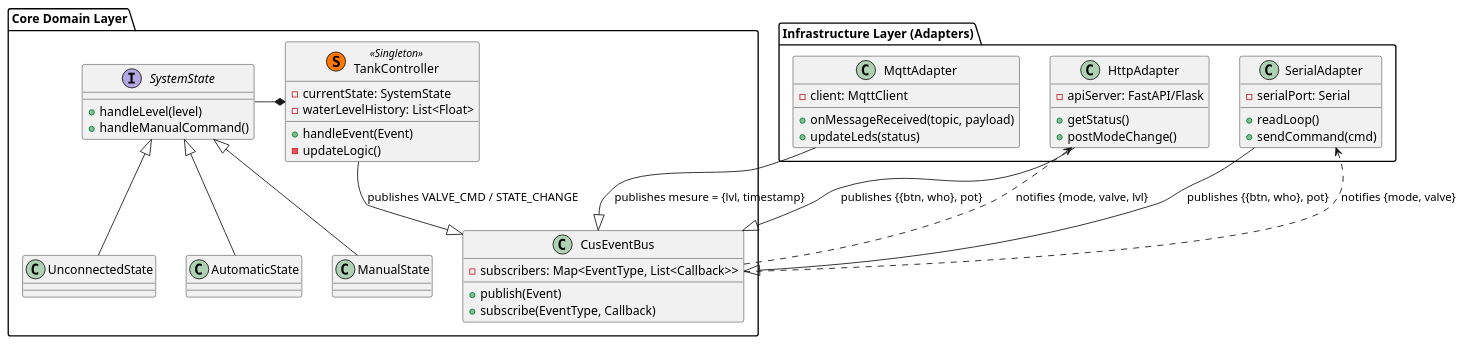
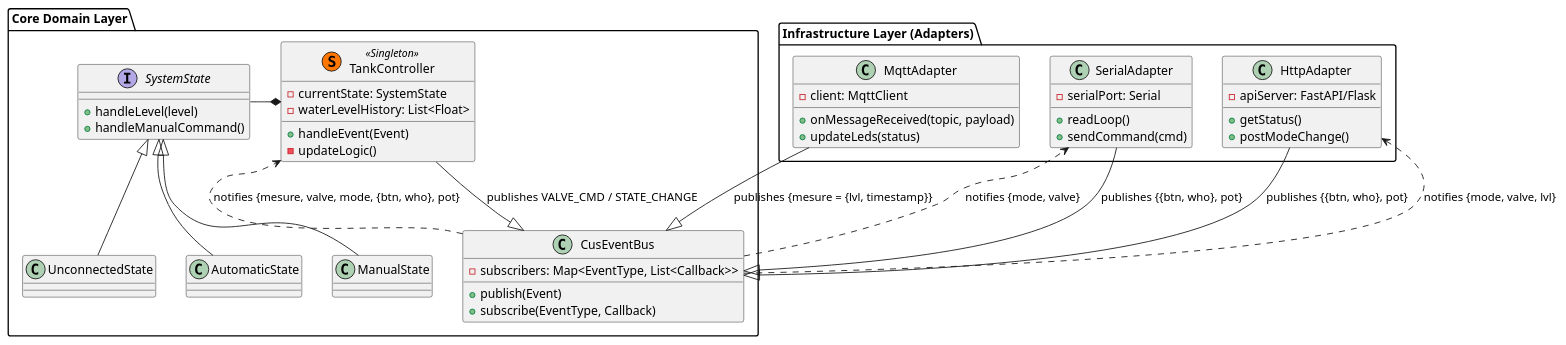
Before and after one commit to GreppiFilippo/Assignment3-IOT: the diagram in assignment-03/cus/uml.puml, drawn with PlantUML. The commit also changed 2 other files, not shown here.

Commit message:
fix: update UML diagram for MqttAdapter and enhance button pressed handling in SystemTask

```diff
--- a/assignment-03/cus/uml.puml
+++ b/assignment-03/cus/uml.puml
@@ -1,61 +1,64 @@
 @startuml cus
 skinparam componentStyle uml2
 
 package "Infrastructure Layer (Adapters)" {
     class MqttAdapter {
         - client: MqttClient
         + onMessageReceived(topic, payload)
         + updateLeds(status)
     }
 
     class SerialAdapter {
         - serialPort: Serial
         + readLoop()
         + sendCommand(cmd)
     }
 
     class HttpAdapter {
         - apiServer: FastAPI/Flask
         + getStatus()
         + postModeChange()
     }
 }
 
 package "Core Domain Layer" {
     class CusEventBus {
         - subscribers: Map<EventType, List<Callback>>
         + publish(Event)
         + subscribe(EventType, Callback)
     }
 
     class TankController <<(S, #FF7700) Singleton>> {
         - currentState: SystemState
         - waterLevelHistory: List<Float>
         + handleEvent(Event)
         - updateLogic()
     }
 
     interface SystemState {
         + handleLevel(level)
         + handleManualCommand()
     }
 
     class AutomaticState
     class ManualState
     class UnconnectedState
 }
 
 ' Relations
-MqttAdapter --|> CusEventBus : "publishes mesure = {lvl, timestamp}"
+MqttAdapter --|> CusEventBus : "publishes {mesure = {lvl, timestamp}}"
 SerialAdapter --|> CusEventBus : "publishes {{btn, who}, pot}"
 HttpAdapter --|> CusEventBus : "publishes {{btn, who}, pot}"
 
 TankController *-right- SystemState
 SystemState <|-- AutomaticState
 SystemState <|-- ManualState
 SystemState <|-- UnconnectedState
 
 TankController --|> CusEventBus : "publishes VALVE_CMD / STATE_CHANGE"
 CusEventBus ..> SerialAdapter : "notifies {mode, valve}"
 CusEventBus ..> HttpAdapter : "notifies {mode, valve, lvl}"
+
+CusEventBus ..> TankController : "notifies {mesure, valve, mode, {btn, who}, pot}"
+
 @enduml
```
